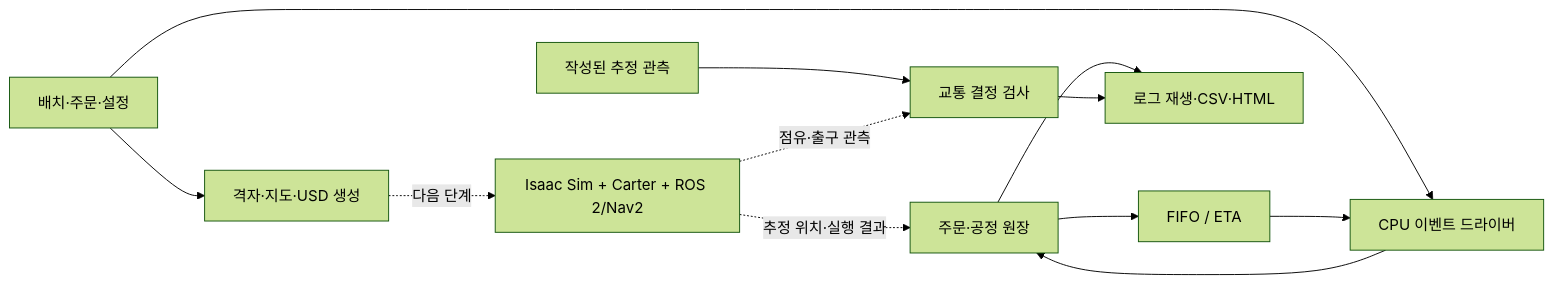
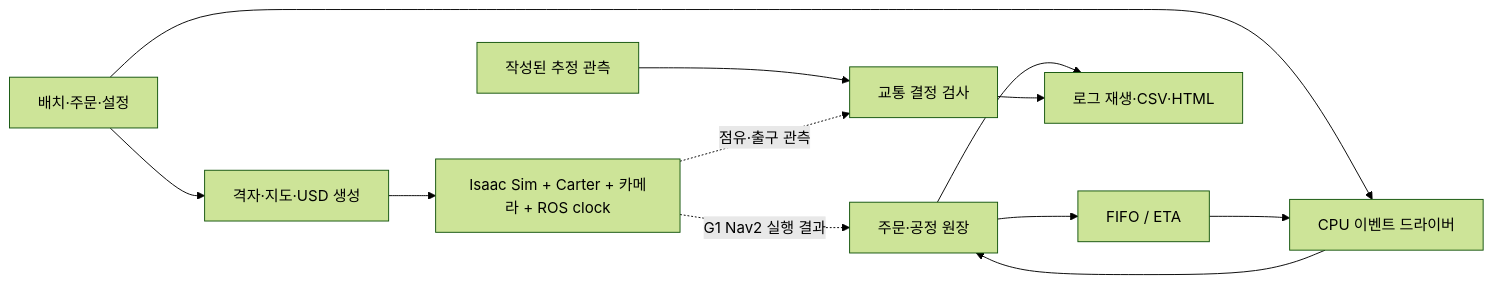
One commit to mmporong/factory-ops-twin changed the diagram in docs/architecture.md. Above: the diagram before and after it, drawn with Mermaid (forest theme). The commit also changed other lines of this file and 3 other files, not shown here.

````diff
--- a/docs/architecture.md
+++ b/docs/architecture.md
@@ -5,14 +5,14 @@
 ```mermaid
 flowchart LR
     C[배치·주문·설정] --> G[격자·지도·USD 생성]
     C --> D[CPU 이벤트 드라이버]
     D --> L[주문·공정 원장]
     L --> A[FIFO / ETA]
     A --> D
     O[작성된 추정 관측] --> T[교통 결정 검사]
     L --> R[로그 재생·CSV·HTML]
     T --> R
-    G -. 다음 단계 .-> I[Isaac Sim + Carter + ROS 2/Nav2]
-    I -. 추정 위치·실행 결과 .-> L
+    G --> I[Isaac Sim + Carter + 카메라 + ROS clock]
+    I -. G1 Nav2 실행 결과 .-> L
     I -. 점유·출구 관측 .-> T
 ```
````
